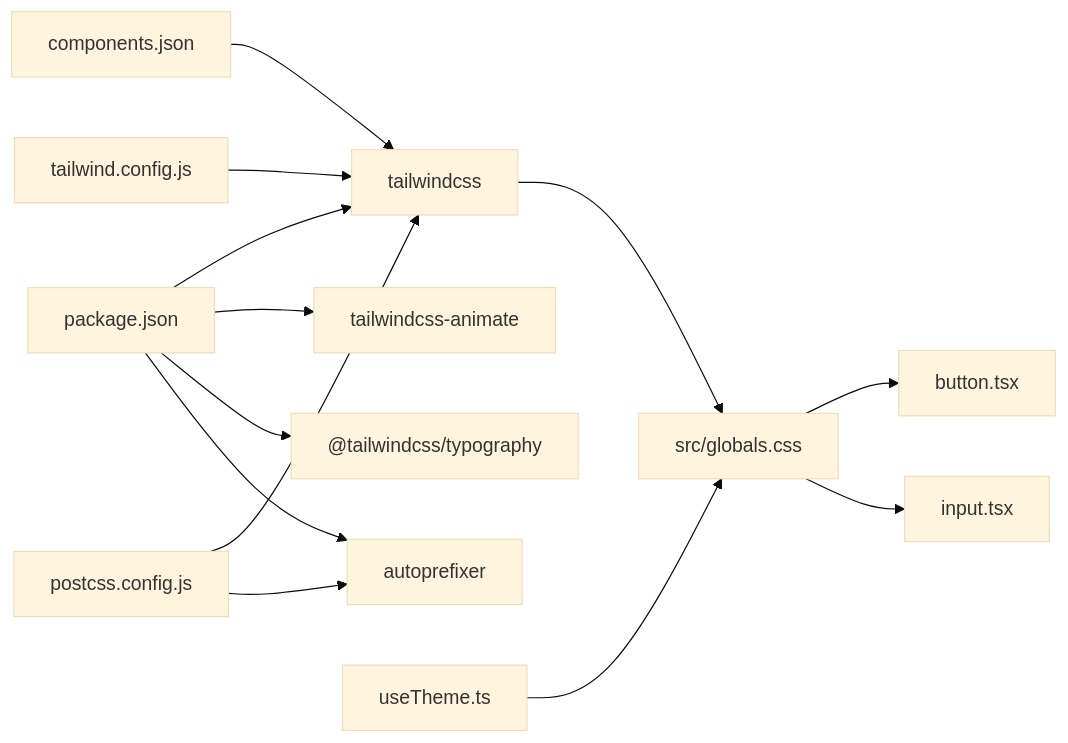
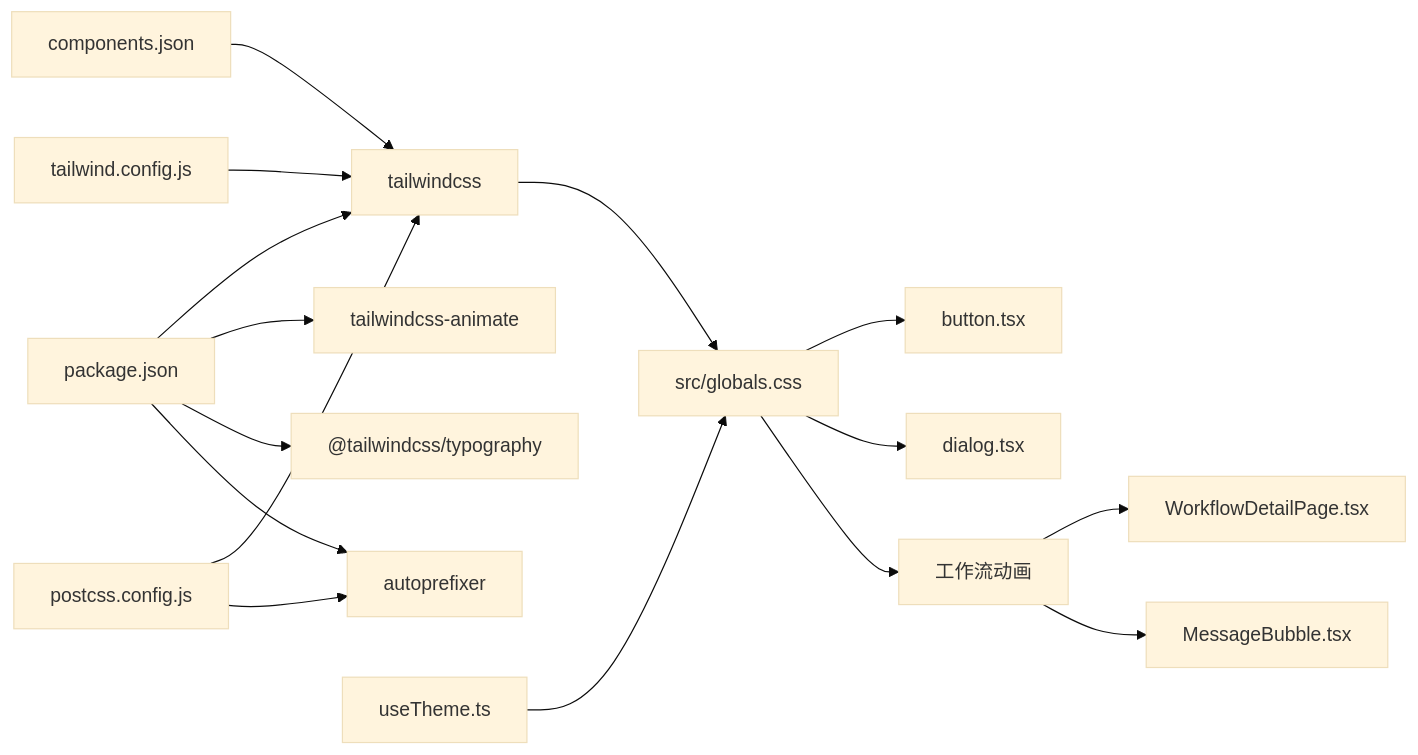
The sixth of 6 diagrams in .qoder/repowiki/zh/content/WebUI前端系统/样式与主题系统.md (gongzeq/VAPT3), drawn with Mermaid (base theme) before and after one commit. The commit also changed other lines of this file and 33 other files, not shown here.

````diff
--- a/.qoder/repowiki/zh/content/WebUI前端系统/样式与主题系统.md
+++ b/.qoder/repowiki/zh/content/WebUI前端系统/样式与主题系统.md
@@ -236,15 +368,18 @@
 ```mermaid
 graph LR
 PKG["package.json"] --> TWC["tailwindcss"]
 PKG --> ANI["tailwindcss-animate"]
 PKG --> TYPO["@tailwindcss/typography"]
 PKG --> AP["autoprefixer"]
 PCFG["postcss.config.js"] --> TWC
 PCFG --> AP
 CJ["components.json"] --> TWC
 TWCFG["tailwind.config.js"] --> TWC
 TWC --> CSS["src/globals.css"]
 CSS --> BTN["button.tsx"]
-CSS --> INP["input.tsx"]
+CSS --> DLG["dialog.tsx"]
+CSS --> WF["工作流动画"]
 UT["useTheme.ts"] --> CSS
+WF --> WFPAGE["WorkflowDetailPage.tsx"]
+WF --> MSG["MessageBubble.tsx"]
 ```
````
